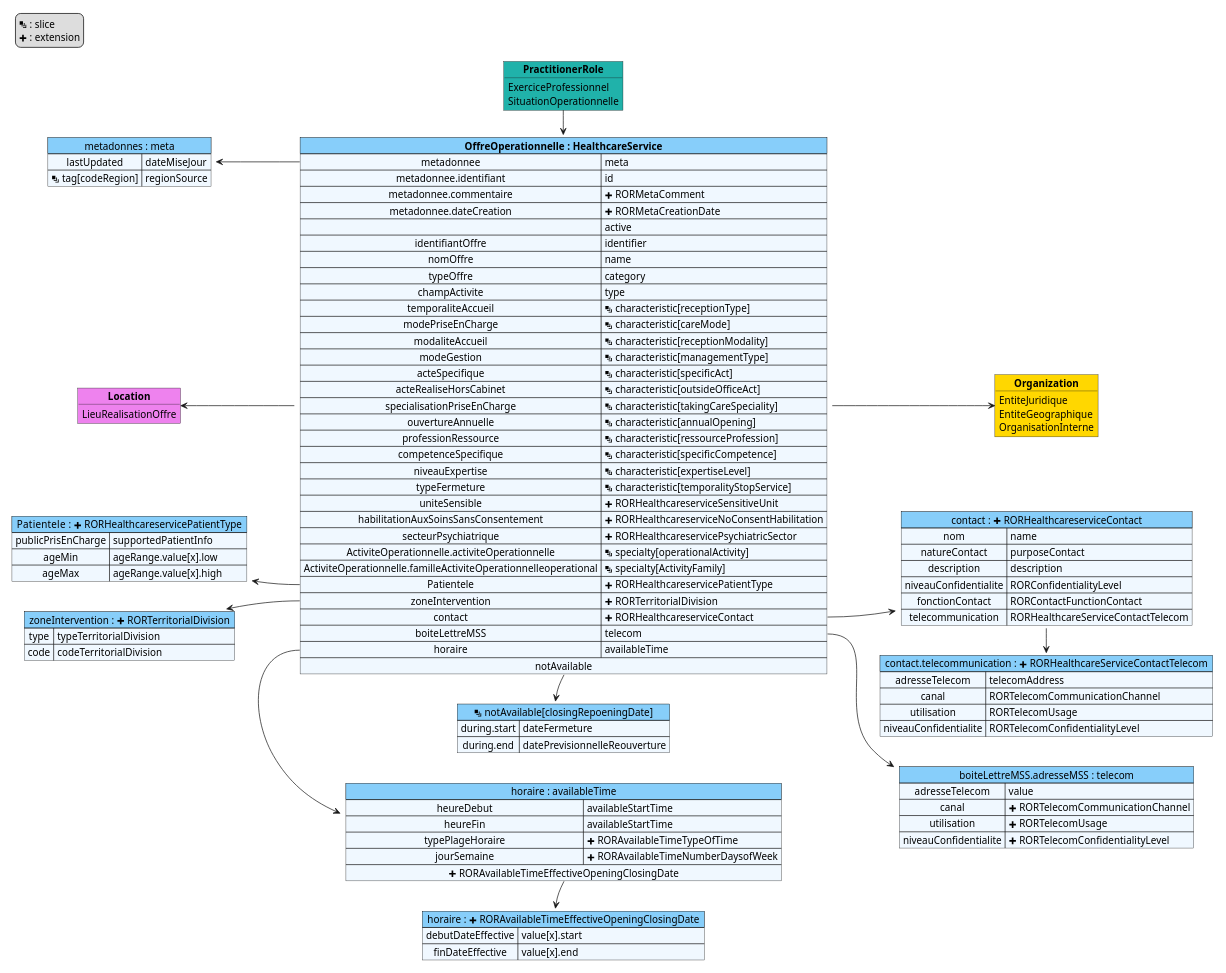
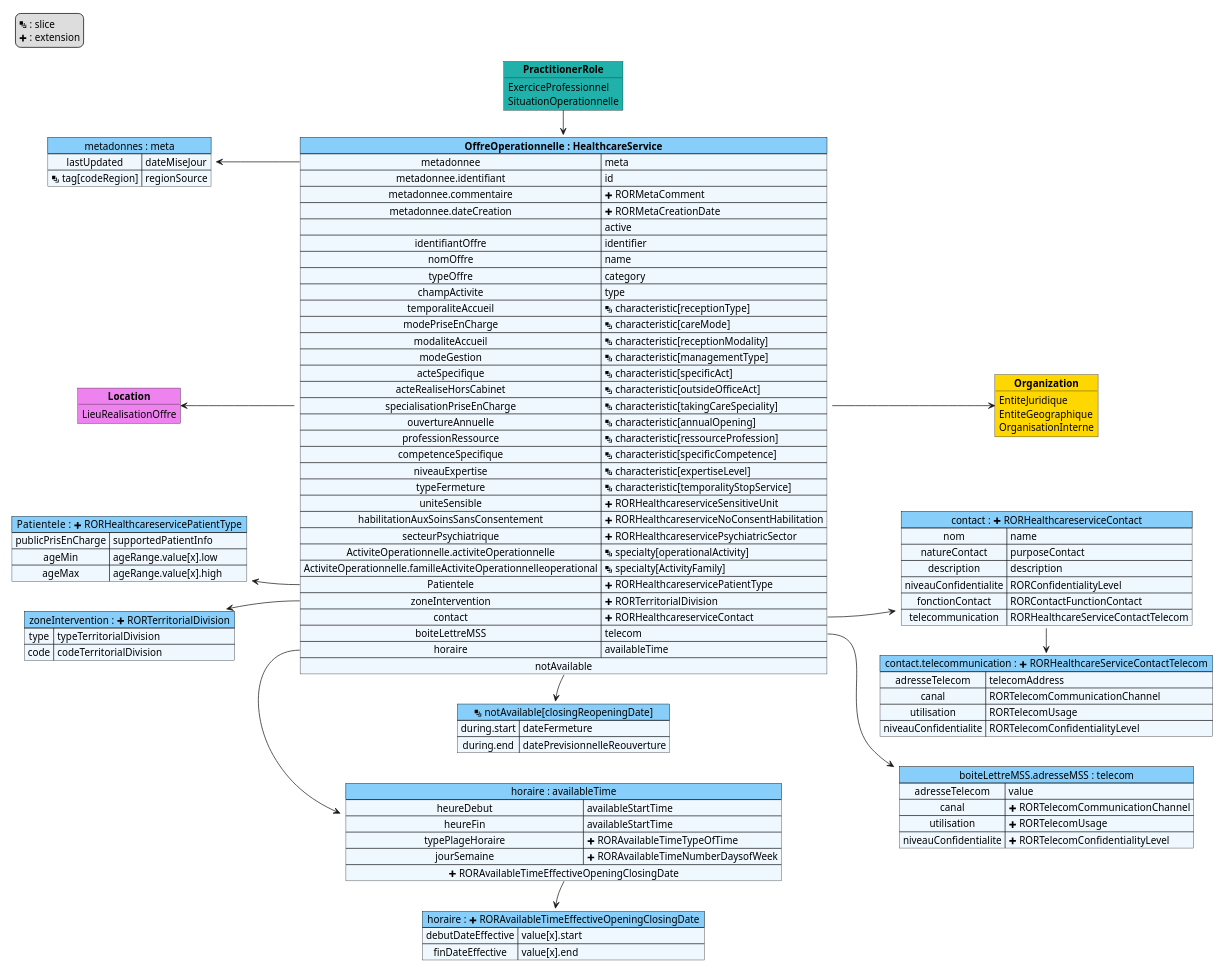
The diagram in input/images-source/mapping-HealthcareService.plantuml (ansforge/IG-fhir-repertoire-offre-ressources-sante), drawn with PlantUML before and after one commit. The commit also changed 4 other files, not shown here.

```diff
--- a/input/images-source/mapping-HealthcareService.plantuml
+++ b/input/images-source/mapping-HealthcareService.plantuml
@@ -1,134 +1,134 @@
 @startuml mapping-HealthcareService
 
 left to right direction
 
 scale 1000 width
 
 legend top left
   <&layers> : slice
   <&plus> : extension
 endlegend
 
 
 map "metadonnes : meta" as meta #back:AliceBlue;header:LightSkyBlue {
     lastUpdated => dateMiseJour 
     <&layers> tag[codeRegion] => regionSource
 }
 
 map "Patientele  : <&plus> RORHealthcareservicePatientType" as RORHealthcareservicePatientType #back:AliceBlue;header:LightSkyBlue {
     publicPrisEnCharge => supportedPatientInfo
     ageMin => ageRange.value[x].low
     ageMax => ageRange.value[x].high
 }
 
 map "zoneIntervention : <&plus> RORTerritorialDivision" as RORTerritorialDivision #back:AliceBlue;header:LightSkyBlue {
     type => typeTerritorialDivision
     code => codeTerritorialDivision
 }
 
-map "<&layers> notAvailable[closingRepoeningDate]" as notAvailable #back:AliceBlue;header:LightSkyBlue {
+map "<&layers> notAvailable[closingReopeningDate]" as notAvailable #back:AliceBlue;header:LightSkyBlue {
     during.start => dateFermeture
     during.end => datePrevisionnelleReouverture
 }
 
 map "horaire : <&plus> RORAvailableTimeEffectiveOpeningClosingDate" as RORAvailableTimeEffectiveOpeningClosingDate #back:AliceBlue;header:LightSkyBlue {
     debutDateEffective => value[x].start
     finDateEffective => value[x].end
 }
 
 map "horaire : availableTime" as availableTime #back:AliceBlue;header:LightSkyBlue {
     heureDebut => availableStartTime
     heureFin => availableStartTime
     typePlageHoraire => <&plus> RORAvailableTimeTypeOfTime
     jourSemaine => <&plus> RORAvailableTimeNumberDaysofWeek
     <&plus> RORAvailableTimeEffectiveOpeningClosingDate *-> RORAvailableTimeEffectiveOpeningClosingDate
 }
 
 map "boiteLettreMSS.adresseMSS : telecom" as telecom #back:AliceBlue;header:LightSkyBlue {
     adresseTelecom => value
     canal => <&plus> RORTelecomCommunicationChannel
     utilisation => <&plus> RORTelecomUsage
     niveauConfidentialite => <&plus> RORTelecomConfidentialityLevel
 }
 
 map "contact : <&plus> RORHealthcareserviceContact" as RORHealthcareserviceContact #back:AliceBlue;header:LightSkyBlue {
     nom => name
     natureContact => purposeContact
     description => description
     niveauConfidentialite => RORConfidentialityLevel
     fonctionContact => RORContactFunctionContact
     telecommunication => RORHealthcareServiceContactTelecom
 }
 
 map "contact.telecommunication : <&plus> RORHealthcareServiceContactTelecom" as RORHealthcareServiceContactTelecom #back:AliceBlue;header:LightSkyBlue {
     adresseTelecom => telecomAddress
     canal => RORTelecomCommunicationChannel
     utilisation => RORTelecomUsage
     niveauConfidentialite => RORTelecomConfidentialityLevel
 }
 
 
 map "**OffreOperationnelle : HealthcareService**" as HS #back:AliceBlue;header:LightSkyBlue {
     metadonnee => meta 
     metadonnee.identifiant => id
     metadonnee.commentaire => <&plus> RORMetaComment
     metadonnee.dateCreation => <&plus> RORMetaCreationDate
     => active
     identifiantOffre => identifier
     nomOffre => name
     typeOffre => category
     champActivite => type
     temporaliteAccueil => <&layers> characteristic[receptionType]
     modePriseEnCharge => <&layers> characteristic[careMode]
     modaliteAccueil => <&layers> characteristic[receptionModality]
     modeGestion => <&layers> characteristic[managementType]
     acteSpecifique => <&layers> characteristic[specificAct]
     acteRealiseHorsCabinet => <&layers> characteristic[outsideOfficeAct]
     specialisationPriseEnCharge => <&layers> characteristic[takingCareSpeciality]
     ouvertureAnnuelle => <&layers> characteristic[annualOpening]
     professionRessource => <&layers> characteristic[ressourceProfession]
     competenceSpecifique => <&layers> characteristic[specificCompetence]
     niveauExpertise  => <&layers> characteristic[expertiseLevel]
     typeFermeture => <&layers> characteristic[temporalityStopService]
     uniteSensible => <&plus> RORHealthcareserviceSensitiveUnit
     habilitationAuxSoinsSansConsentement => <&plus> RORHealthcareserviceNoConsentHabilitation
     secteurPsychiatrique => <&plus> RORHealthcareservicePsychiatricSector
     ActiviteOperationnelle.activiteOperationnelle => <&layers> specialty[operationalActivity]
     ActiviteOperationnelle.familleActiviteOperationnelleoperational => <&layers> specialty[ActivityFamily]
     Patientele => <&plus> RORHealthcareservicePatientType
     zoneIntervention => <&plus> RORTerritorialDivision
     contact => <&plus> RORHealthcareserviceContact
     boiteLettreMSS => telecom
     horaire => availableTime
     notAvailable *-> notAvailable
 }
 
 meta <-- HS::metadonnee
 HS::horaire -> availableTime 
 RORHealthcareservicePatientType <-- HS::Patientele
 RORTerritorialDivision <-- HS::zoneIntervention
 HS::boiteLettreMSS --> telecom
 HS::contact --> RORHealthcareserviceContact
 RORHealthcareserviceContact -> RORHealthcareServiceContactTelecom
 
 
 object "**PractitionerRole**" as PR #LightSeaGreen {
     ExerciceProfessionnel
     SituationOperationnelle
 }
 
 object "**Location**" as L #Violet {
     LieuRealisationOffre
 }
 
 object "**Organization**" as O #Gold {
     EntiteJuridique
     EntiteGeographique
     OrganisationInterne
 }
 
 PR -> HS
 L <-- HS
 HS --> O
 
 @enduml
```
